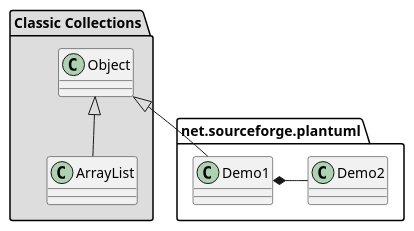
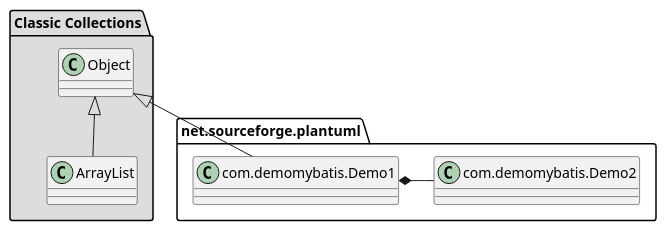
Diagram 20 of 39 in plantuml/README.md (yymm120/my-demo), drawn with PlantUML before and after one commit. The commit also changed 10 other files, not shown here.

````diff
--- a/plantuml/README.md
+++ b/plantuml/README.md
@@ -321,17 +321,17 @@
 ```puml
 
 /' 自定义命名空间，方便使用全限定名类'/
 @startuml
 set namespaceSeparator ???
 
 package "Classic Collections" #DDDDDD {
   Object <|-- ArrayList
 }
 
 package net.sourceforge.plantuml {
-  Object <|-- Demo1
-  Demo1 *- Demo2
+  Object <|-- com.demomybatis.Demo1
+  com.demomybatis.Demo1 *- com.demomybatis.Demo2
 }
 
 @enduml
 ```
````
